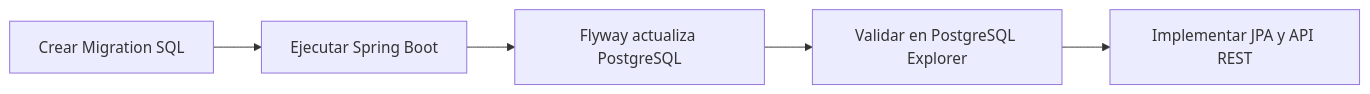
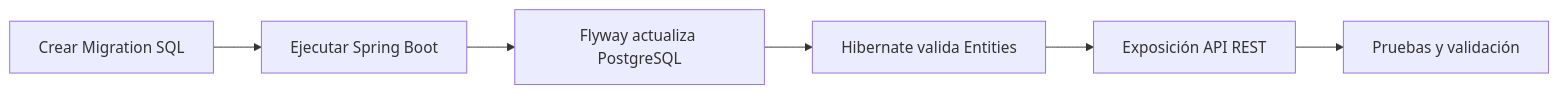
One commit to Nahuellunacab/protecciones-trazabilidad changed the fifth of 5 diagrams in README.md. Above: the diagram before and after it, drawn with Mermaid. The commit also changed other lines of this file and 8 other files, not shown here.

````diff
--- a/README.md
+++ b/README.md
@@ -300,9 +396,14 @@
 ```mermaid
 flowchart LR
 
     A[Crear Migration SQL]
-    --> B[Ejecutar Spring Boot]
-    --> C[Flyway actualiza PostgreSQL]
-    --> D[Validar en PostgreSQL Explorer]
-    --> E[Implementar JPA y API REST]
+        --> B[Ejecutar Spring Boot]
+
+    B --> C[Flyway actualiza PostgreSQL]
+
+    C --> D[Hibernate valida Entities]
+
+    D --> E[Exposición API REST]
+
+    E --> F[Pruebas y validación]
 ```
````
